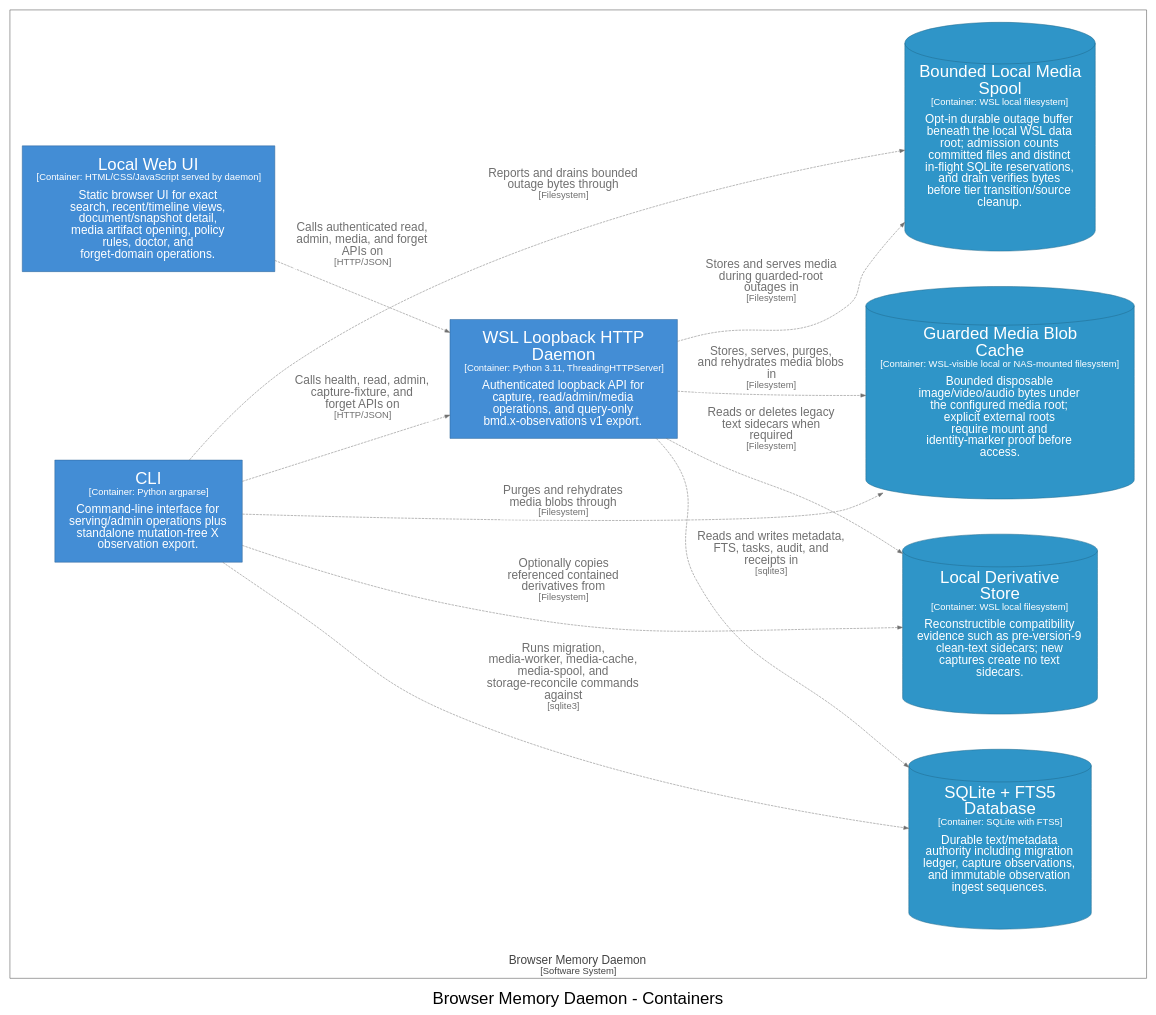
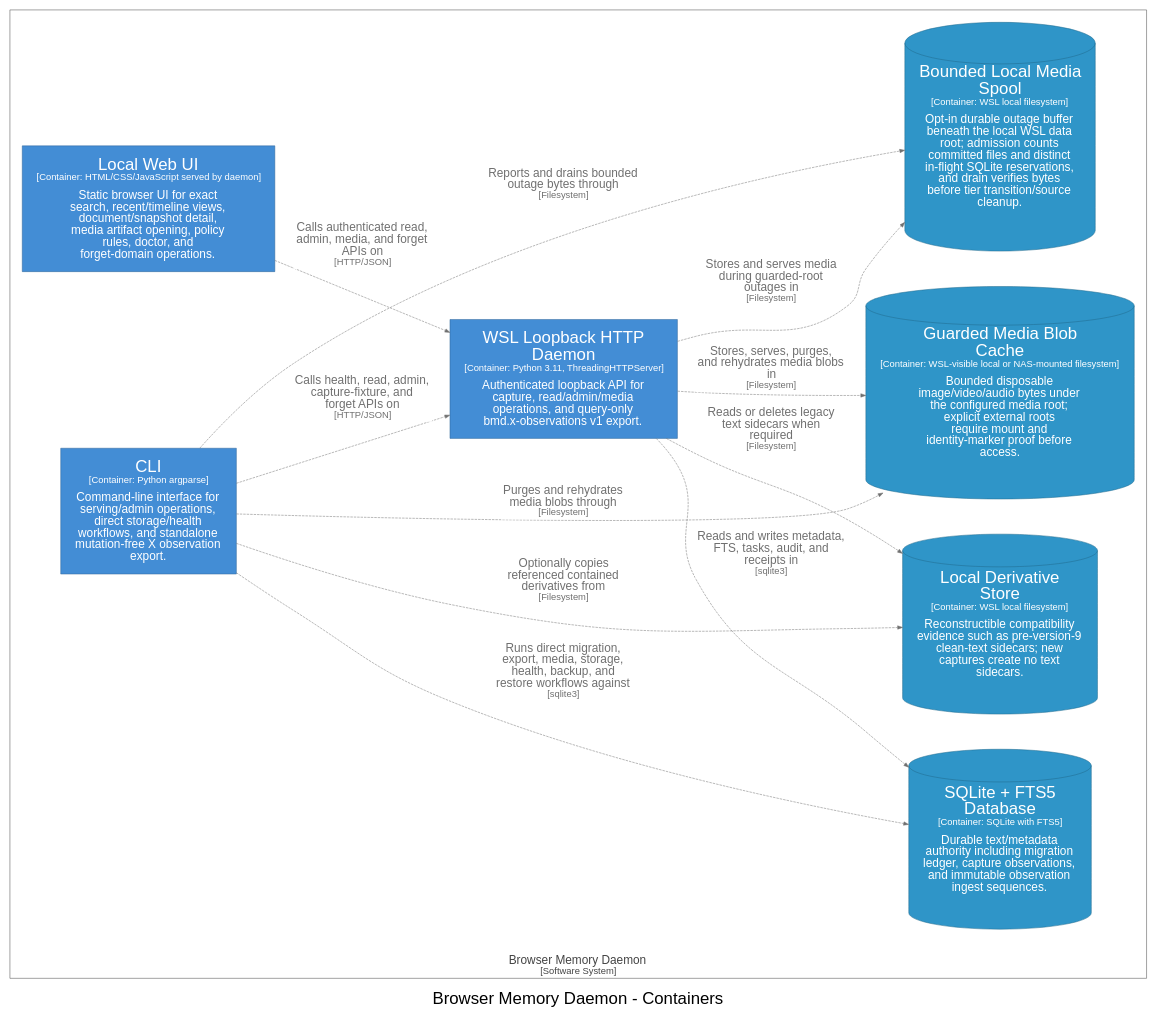
The diagram in docs/architecture/diagrams/dot/structurizr-OpsContainers.dot (michaelnicks0/browser-memory-daemon), drawn with Graphviz before and after one commit. The commit also changed 269 other files, not shown here.

Commit message:
docs: reconcile late architecture audit findings

```diff
--- a/docs/architecture/diagrams/dot/structurizr-OpsContainers.dot
+++ b/docs/architecture/diagrams/dot/structurizr-OpsContainers.dot
@@ -1,35 +1,35 @@
 digraph {
   compound=true
   graph [fontname="Arial", rankdir=LR, ranksep=1.0, nodesep=1.0]
   node [fontname="Arial", shape=box, margin="0.4,0.3"]
   edge [fontname="Arial"]
   label=<<br /><font point-size="34">Browser Memory Daemon - Containers</font>>
 
-  subgraph cluster_4 {
+  subgraph cluster_5 {
     margin=25
     label=<<font point-size="24"><br />Browser Memory Daemon</font><br /><font point-size="19">[Software System]</font>>
     labelloc=b
     color="#444444"
     fontcolor="#444444"
     fillcolor="#444444"
 
-    22 [id=22,shape=rect, label=<<font point-size="34">WSL Loopback HTTP<br />Daemon</font><br /><font point-size="19">[Container: Python 3.11, ThreadingHTTPServer]</font><br /><br /><font point-size="24">Authenticated loopback API for<br />capture, read/admin/media<br />operations, and query-only<br />bmd.x-observations v1 export.</font>>, style=filled, color="#2e6295", fillcolor="#438dd5", fontcolor="#ffffff"]
-    46 [id=46,shape=rect, label=<<font point-size="34">Local Web UI</font><br /><font point-size="19">[Container: HTML/CSS/JavaScript served by daemon]</font><br /><br /><font point-size="24">Static browser UI for exact<br />search, recent/timeline views,<br />document/snapshot detail,<br />media artifact opening, policy<br />rules, doctor, and<br />forget-domain operations.</font>>, style=filled, color="#2e6295", fillcolor="#438dd5", fontcolor="#ffffff"]
-    47 [id=47,shape=rect, label=<<font point-size="34">CLI</font><br /><font point-size="19">[Container: Python argparse]</font><br /><br /><font point-size="24">Command-line interface for<br />serving/admin operations plus<br />standalone mutation-free X<br />observation export.</font>>, style=filled, color="#2e6295", fillcolor="#438dd5", fontcolor="#ffffff"]
-    49 [id=49,shape=cylinder, label=<<font point-size="34">SQLite + FTS5<br />Database</font><br /><font point-size="19">[Container: SQLite with FTS5]</font><br /><br /><font point-size="24">Durable text/metadata<br />authority including migration<br />ledger, capture observations,<br />and immutable observation<br />ingest sequences.</font>>, style=filled, color="#20688c", fillcolor="#2f95c8", fontcolor="#ffffff"]
-    50 [id=50,shape=cylinder, label=<<font point-size="34">Local Derivative<br />Store</font><br /><font point-size="19">[Container: WSL local filesystem]</font><br /><br /><font point-size="24">Reconstructible compatibility<br />evidence such as pre-version-9<br />clean-text sidecars; new<br />captures create no text<br />sidecars.</font>>, style=filled, color="#20688c", fillcolor="#2f95c8", fontcolor="#ffffff"]
-    51 [id=51,shape=cylinder, label=<<font point-size="34">Guarded Media Blob<br />Cache</font><br /><font point-size="19">[Container: WSL-visible local or NAS-mounted filesystem]</font><br /><br /><font point-size="24">Bounded disposable<br />image/video/audio bytes under<br />the configured media root;<br />explicit external roots<br />require mount and<br />identity-marker proof before<br />access.</font>>, style=filled, color="#20688c", fillcolor="#2f95c8", fontcolor="#ffffff"]
-    52 [id=52,shape=cylinder, label=<<font point-size="34">Bounded Local Media<br />Spool</font><br /><font point-size="19">[Container: WSL local filesystem]</font><br /><br /><font point-size="24">Opt-in durable outage buffer<br />beneath the local WSL data<br />root; admission counts<br />committed files and distinct<br />in-flight SQLite reservations,<br />and drain verifies bytes<br />before tier transition/source<br />cleanup.</font>>, style=filled, color="#20688c", fillcolor="#2f95c8", fontcolor="#ffffff"]
+    23 [id=23,shape=rect, label=<<font point-size="34">WSL Loopback HTTP<br />Daemon</font><br /><font point-size="19">[Container: Python 3.11, ThreadingHTTPServer]</font><br /><br /><font point-size="24">Authenticated loopback API for<br />capture, read/admin/media<br />operations, and query-only<br />bmd.x-observations v1 export.</font>>, style=filled, color="#2e6295", fillcolor="#438dd5", fontcolor="#ffffff"]
+    50 [id=50,shape=rect, label=<<font point-size="34">Local Web UI</font><br /><font point-size="19">[Container: HTML/CSS/JavaScript served by daemon]</font><br /><br /><font point-size="24">Static browser UI for exact<br />search, recent/timeline views,<br />document/snapshot detail,<br />media artifact opening, policy<br />rules, doctor, and<br />forget-domain operations.</font>>, style=filled, color="#2e6295", fillcolor="#438dd5", fontcolor="#ffffff"]
+    51 [id=51,shape=rect, label=<<font point-size="34">CLI</font><br /><font point-size="19">[Container: Python argparse]</font><br /><br /><font point-size="24">Command-line interface for<br />serving/admin operations,<br />direct storage/health<br />workflows, and standalone<br />mutation-free X observation<br />export.</font>>, style=filled, color="#2e6295", fillcolor="#438dd5", fontcolor="#ffffff"]
+    57 [id=57,shape=cylinder, label=<<font point-size="34">SQLite + FTS5<br />Database</font><br /><font point-size="19">[Container: SQLite with FTS5]</font><br /><br /><font point-size="24">Durable text/metadata<br />authority including migration<br />ledger, capture observations,<br />and immutable observation<br />ingest sequences.</font>>, style=filled, color="#20688c", fillcolor="#2f95c8", fontcolor="#ffffff"]
+    58 [id=58,shape=cylinder, label=<<font point-size="34">Local Derivative<br />Store</font><br /><font point-size="19">[Container: WSL local filesystem]</font><br /><br /><font point-size="24">Reconstructible compatibility<br />evidence such as pre-version-9<br />clean-text sidecars; new<br />captures create no text<br />sidecars.</font>>, style=filled, color="#20688c", fillcolor="#2f95c8", fontcolor="#ffffff"]
+    59 [id=59,shape=cylinder, label=<<font point-size="34">Guarded Media Blob<br />Cache</font><br /><font point-size="19">[Container: WSL-visible local or NAS-mounted filesystem]</font><br /><br /><font point-size="24">Bounded disposable<br />image/video/audio bytes under<br />the configured media root;<br />explicit external roots<br />require mount and<br />identity-marker proof before<br />access.</font>>, style=filled, color="#20688c", fillcolor="#2f95c8", fontcolor="#ffffff"]
+    60 [id=60,shape=cylinder, label=<<font point-size="34">Bounded Local Media<br />Spool</font><br /><font point-size="19">[Container: WSL local filesystem]</font><br /><br /><font point-size="24">Opt-in durable outage buffer<br />beneath the local WSL data<br />root; admission counts<br />committed files and distinct<br />in-flight SQLite reservations,<br />and drain verifies bytes<br />before tier transition/source<br />cleanup.</font>>, style=filled, color="#20688c", fillcolor="#2f95c8", fontcolor="#ffffff"]
   }
 
-  47 -> 50 [id=173, label=<<TABLE BORDER="0" CELLBORDER="0" CELLSPACING="0" CELLPADDING="4" BGCOLOR="white"><TR><TD><font point-size="24">Optionally copies<br />referenced contained<br />derivatives from</font><br /><font point-size="19">[Filesystem]</font></TD></TR></TABLE>>, style="dashed", color="#707070", fontcolor="#707070"]
-  46 -> 22 [id=63, label=<<TABLE BORDER="0" CELLBORDER="0" CELLSPACING="0" CELLPADDING="4" BGCOLOR="white"><TR><TD><font point-size="24">Calls authenticated read,<br />admin, media, and forget<br />APIs on</font><br /><font point-size="19">[HTTP/JSON]</font></TD></TR></TABLE>>, style="dashed", color="#707070", fontcolor="#707070"]
-  47 -> 22 [id=64, label=<<TABLE BORDER="0" CELLBORDER="0" CELLSPACING="0" CELLPADDING="4" BGCOLOR="white"><TR><TD><font point-size="24">Calls health, read, admin,<br />capture-fixture, and<br />forget APIs on</font><br /><font point-size="19">[HTTP/JSON]</font></TD></TR></TABLE>>, style="dashed", color="#707070", fontcolor="#707070"]
-  47 -> 49 [id=65, label=<<TABLE BORDER="0" CELLBORDER="0" CELLSPACING="0" CELLPADDING="4" BGCOLOR="white"><TR><TD><font point-size="24">Runs migration,<br />media-worker, media-cache,<br />media-spool, and<br />storage-reconcile commands<br />against</font><br /><font point-size="19">[sqlite3]</font></TD></TR></TABLE>>, style="dashed", color="#707070", fontcolor="#707070"]
-  47 -> 51 [id=68, label=<<TABLE BORDER="0" CELLBORDER="0" CELLSPACING="0" CELLPADDING="4" BGCOLOR="white"><TR><TD><font point-size="24">Purges and rehydrates<br />media blobs through</font><br /><font point-size="19">[Filesystem]</font></TD></TR></TABLE>>, style="dashed", color="#707070", fontcolor="#707070"]
-  47 -> 52 [id=69, label=<<TABLE BORDER="0" CELLBORDER="0" CELLSPACING="0" CELLPADDING="4" BGCOLOR="white"><TR><TD><font point-size="24">Reports and drains bounded<br />outage bytes through</font><br /><font point-size="19">[Filesystem]</font></TD></TR></TABLE>>, style="dashed", color="#707070", fontcolor="#707070"]
-  22 -> 49 [id=71, label=<<TABLE BORDER="0" CELLBORDER="0" CELLSPACING="0" CELLPADDING="4" BGCOLOR="white"><TR><TD><font point-size="24">Reads and writes metadata,<br />FTS, tasks, audit, and<br />receipts in</font><br /><font point-size="19">[sqlite3]</font></TD></TR></TABLE>>, style="dashed", color="#707070", fontcolor="#707070"]
-  22 -> 50 [id=72, label=<<TABLE BORDER="0" CELLBORDER="0" CELLSPACING="0" CELLPADDING="4" BGCOLOR="white"><TR><TD><font point-size="24">Reads or deletes legacy<br />text sidecars when<br />required</font><br /><font point-size="19">[Filesystem]</font></TD></TR></TABLE>>, style="dashed", color="#707070", fontcolor="#707070"]
-  22 -> 51 [id=73, label=<<TABLE BORDER="0" CELLBORDER="0" CELLSPACING="0" CELLPADDING="4" BGCOLOR="white"><TR><TD><font point-size="24">Stores, serves, purges,<br />and rehydrates media blobs<br />in</font><br /><font point-size="19">[Filesystem]</font></TD></TR></TABLE>>, style="dashed", color="#707070", fontcolor="#707070"]
-  22 -> 52 [id=74, label=<<TABLE BORDER="0" CELLBORDER="0" CELLSPACING="0" CELLPADDING="4" BGCOLOR="white"><TR><TD><font point-size="24">Stores and serves media<br />during guarded-root<br />outages in</font><br /><font point-size="19">[Filesystem]</font></TD></TR></TABLE>>, style="dashed", color="#707070", fontcolor="#707070"]
+  51 -> 58 [id=189, label=<<TABLE BORDER="0" CELLBORDER="0" CELLSPACING="0" CELLPADDING="4" BGCOLOR="white"><TR><TD><font point-size="24">Optionally copies<br />referenced contained<br />derivatives from</font><br /><font point-size="19">[Filesystem]</font></TD></TR></TABLE>>, style="dashed", color="#707070", fontcolor="#707070"]
+  50 -> 23 [id=75, label=<<TABLE BORDER="0" CELLBORDER="0" CELLSPACING="0" CELLPADDING="4" BGCOLOR="white"><TR><TD><font point-size="24">Calls authenticated read,<br />admin, media, and forget<br />APIs on</font><br /><font point-size="19">[HTTP/JSON]</font></TD></TR></TABLE>>, style="dashed", color="#707070", fontcolor="#707070"]
+  51 -> 23 [id=76, label=<<TABLE BORDER="0" CELLBORDER="0" CELLSPACING="0" CELLPADDING="4" BGCOLOR="white"><TR><TD><font point-size="24">Calls health, read, admin,<br />capture-fixture, and<br />forget APIs on</font><br /><font point-size="19">[HTTP/JSON]</font></TD></TR></TABLE>>, style="dashed", color="#707070", fontcolor="#707070"]
+  51 -> 57 [id=77, label=<<TABLE BORDER="0" CELLBORDER="0" CELLSPACING="0" CELLPADDING="4" BGCOLOR="white"><TR><TD><font point-size="24">Runs direct migration,<br />export, media, storage,<br />health, backup, and<br />restore workflows against</font><br /><font point-size="19">[sqlite3]</font></TD></TR></TABLE>>, style="dashed", color="#707070", fontcolor="#707070"]
+  51 -> 59 [id=78, label=<<TABLE BORDER="0" CELLBORDER="0" CELLSPACING="0" CELLPADDING="4" BGCOLOR="white"><TR><TD><font point-size="24">Purges and rehydrates<br />media blobs through</font><br /><font point-size="19">[Filesystem]</font></TD></TR></TABLE>>, style="dashed", color="#707070", fontcolor="#707070"]
+  51 -> 60 [id=79, label=<<TABLE BORDER="0" CELLBORDER="0" CELLSPACING="0" CELLPADDING="4" BGCOLOR="white"><TR><TD><font point-size="24">Reports and drains bounded<br />outage bytes through</font><br /><font point-size="19">[Filesystem]</font></TD></TR></TABLE>>, style="dashed", color="#707070", fontcolor="#707070"]
+  23 -> 57 [id=83, label=<<TABLE BORDER="0" CELLBORDER="0" CELLSPACING="0" CELLPADDING="4" BGCOLOR="white"><TR><TD><font point-size="24">Reads and writes metadata,<br />FTS, tasks, audit, and<br />receipts in</font><br /><font point-size="19">[sqlite3]</font></TD></TR></TABLE>>, style="dashed", color="#707070", fontcolor="#707070"]
+  23 -> 58 [id=84, label=<<TABLE BORDER="0" CELLBORDER="0" CELLSPACING="0" CELLPADDING="4" BGCOLOR="white"><TR><TD><font point-size="24">Reads or deletes legacy<br />text sidecars when<br />required</font><br /><font point-size="19">[Filesystem]</font></TD></TR></TABLE>>, style="dashed", color="#707070", fontcolor="#707070"]
+  23 -> 59 [id=85, label=<<TABLE BORDER="0" CELLBORDER="0" CELLSPACING="0" CELLPADDING="4" BGCOLOR="white"><TR><TD><font point-size="24">Stores, serves, purges,<br />and rehydrates media blobs<br />in</font><br /><font point-size="19">[Filesystem]</font></TD></TR></TABLE>>, style="dashed", color="#707070", fontcolor="#707070"]
+  23 -> 60 [id=86, label=<<TABLE BORDER="0" CELLBORDER="0" CELLSPACING="0" CELLPADDING="4" BGCOLOR="white"><TR><TD><font point-size="24">Stores and serves media<br />during guarded-root<br />outages in</font><br /><font point-size="19">[Filesystem]</font></TD></TR></TABLE>>, style="dashed", color="#707070", fontcolor="#707070"]
 }
```
